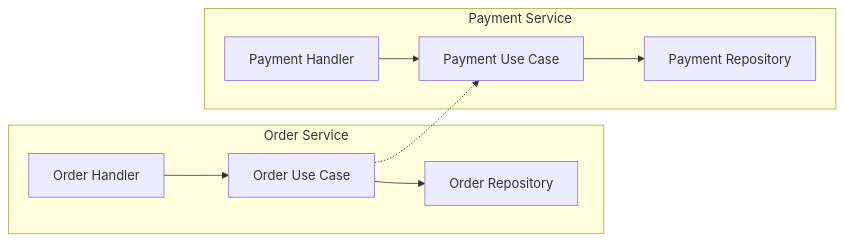
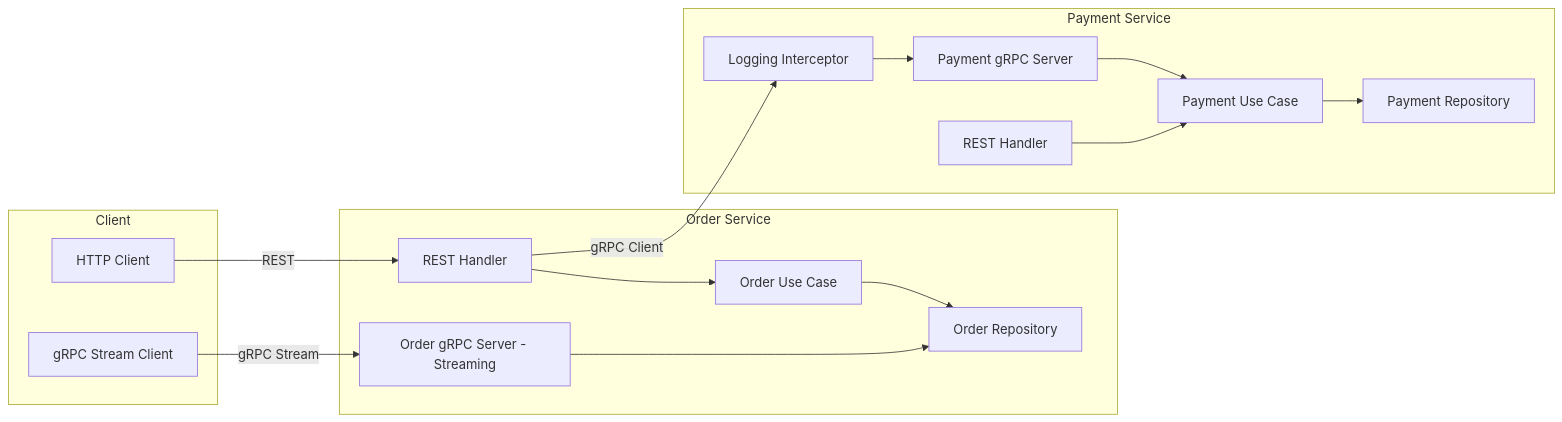
Before and after one commit to maqsatto/ap2-assignment-1: the diagram in README.md, drawn with Mermaid. The commit also changed other lines of this file, not shown here.

First line of the commit message:
docs: update README with gRPC architecture and comprehensive documentation

````diff
--- a/README.md
+++ b/README.md
@@ -11,16 +15,31 @@
 ```mermaid
 flowchart LR
+    subgraph Client
+        HTTP[HTTP Client]
+        gRPCStream[gRPC Stream Client]
+    end
+
     subgraph Order Service
-        OH[Order Handler]
+        OH[REST Handler]
         OU[Order Use Case]
         OR[Order Repository]
+        OGS[Order gRPC Server - Streaming]
     end
+
     subgraph Payment Service
-        PH[Payment Handler]
+        PGS[Payment gRPC Server]
         PU[Payment Use Case]
         PR[Payment Repository]
+        PH[REST Handler]
+        INT[Logging Interceptor]
     end
+
+    HTTP -->|REST| OH
     OH --> OU --> OR
-    OU -.-> PU
-    PH --> PU --> PR
+    OH -->|gRPC Client| INT
+    INT --> PGS --> PU --> PR
+    gRPCStream -->|gRPC Stream| OGS
+    OGS --> OR
+
+    PH --> PU
 ```
````
